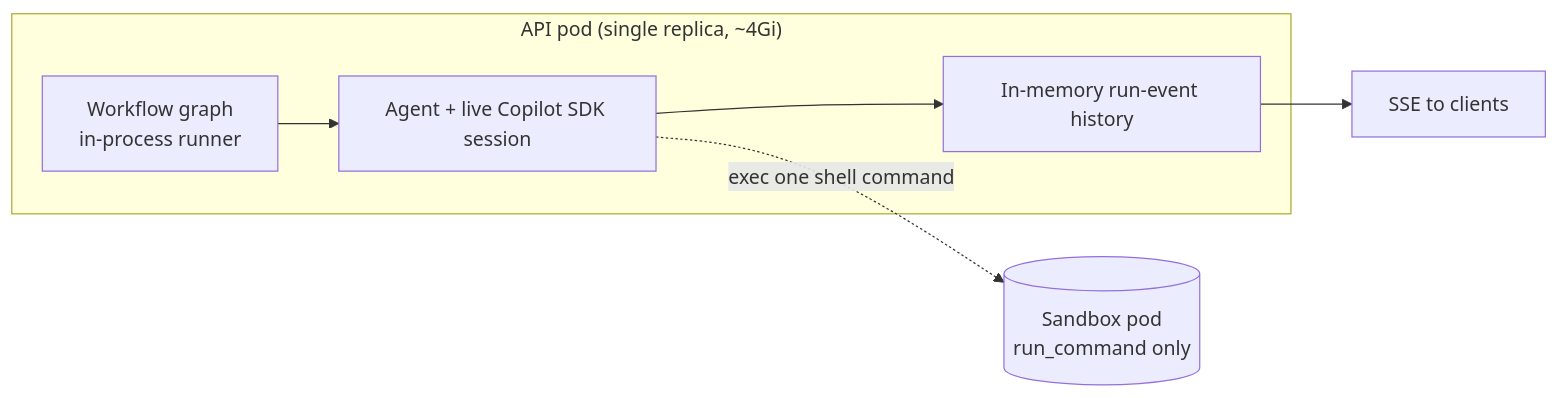
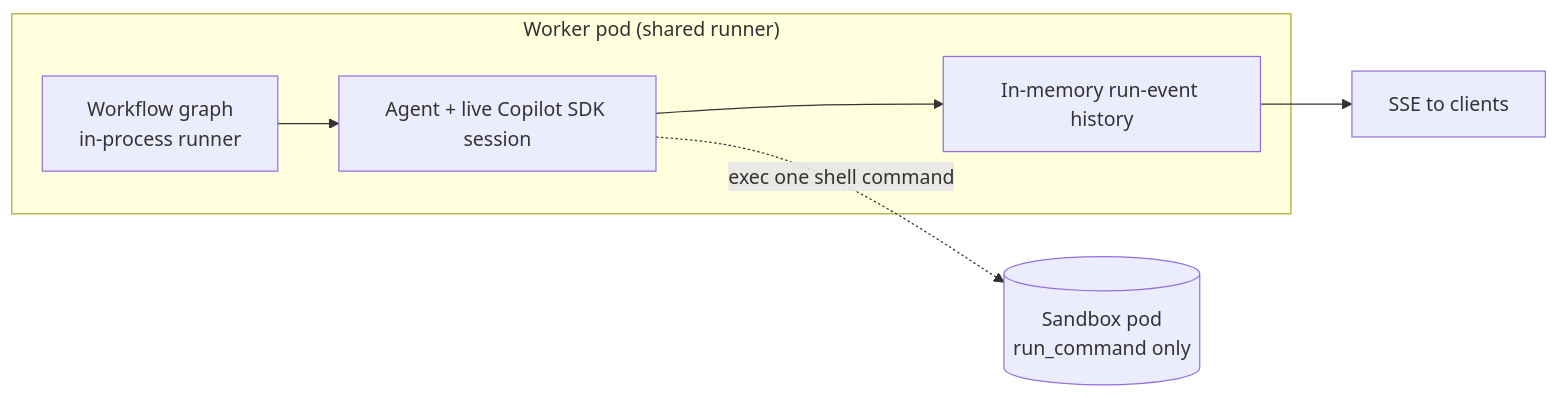
Before and after one commit to sabbour/agentweaver: the first of 6 diagrams in docs/deep-dive/sandbox-pod-execution.md, drawn with Mermaid. The commit also changed other lines of this file and 4 other files, not shown here.

````diff
--- a/docs/deep-dive/sandbox-pod-execution.md
+++ b/docs/deep-dive/sandbox-pod-execution.md
@@ -39,12 +38,12 @@
 ```mermaid
 flowchart LR
-    subgraph API["API pod (single replica, ~4Gi)"]
+    subgraph Worker["Worker pod (shared runner)"]
         Graph[Workflow graph<br/>in-process runner]
         Agent[Agent + live Copilot SDK session]
         Hist[In-memory run-event history]
         Graph --> Agent
         Agent --> Hist
     end
     Agent -. exec one shell command .-> Pod[(Sandbox pod<br/>run_command only)]
     Hist --> SSE[SSE to clients]
 ```
````
